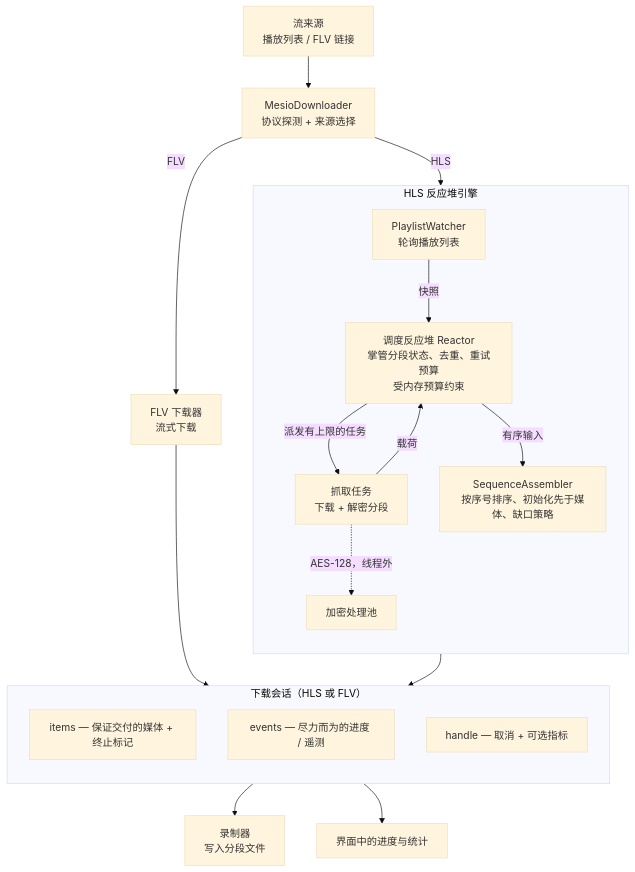
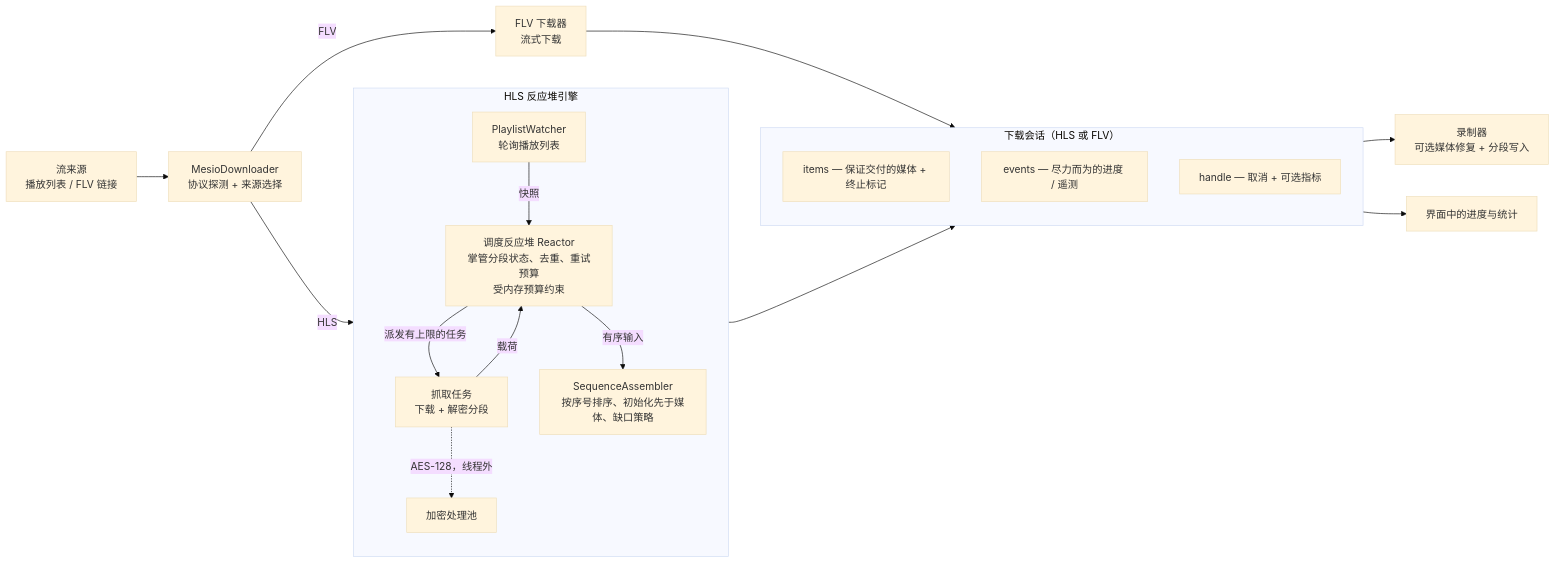
Before and after one commit to hua0512/rust-srec: the diagram in rust-srec/docs/zh/concepts/mesio.md, drawn with Mermaid (base theme). The commit also changed other lines of this file and 61 other files, not shown here.

````diff
--- a/rust-srec/docs/zh/concepts/mesio.md
+++ b/rust-srec/docs/zh/concepts/mesio.md
@@ -9,28 +9,28 @@
 ```mermaid
-flowchart TB
+flowchart LR
   SRC[流来源<br/>播放列表 / FLV 链接] --> MD[MesioDownloader<br/>协议探测 + 来源选择]
   FLV[FLV 下载器<br/>流式下载]
 
   subgraph HLS["HLS 反应堆引擎"]
     direction TB
     PW[PlaylistWatcher<br/>轮询播放列表] -->|快照| RX[调度反应堆 Reactor<br/>掌管分段状态、去重、重试预算<br/>受内存预算约束]
     RX -->|派发有上限的任务| FT[抓取任务<br/>下载 + 解密分段]
     FT -. AES-128，线程外 .-> CR[加密处理池]
     FT -->|载荷| RX
     RX -->|有序输入| AS[SequenceAssembler<br/>按序号排序、初始化先于媒体、缺口策略]
   end
 
   subgraph SESS["下载会话（HLS 或 FLV）"]
     direction TB
     ITEMS["items — 保证交付的媒体 + 终止标记"]
     EVENTS["events — 尽力而为的进度 / 遥测"]
     HANDLE["handle — 取消 + 可选指标"]
   end
 
   MD -->|HLS| PW
   MD -->|FLV| FLV
   AS --> SESS
   FLV --> SESS
-  ITEMS --> REC[录制器<br/>写入分段文件]
+  ITEMS --> REC[录制器<br/>可选媒体修复 + 分段写入]
   EVENTS --> UI[界面中的进度与统计]
 ```
````
